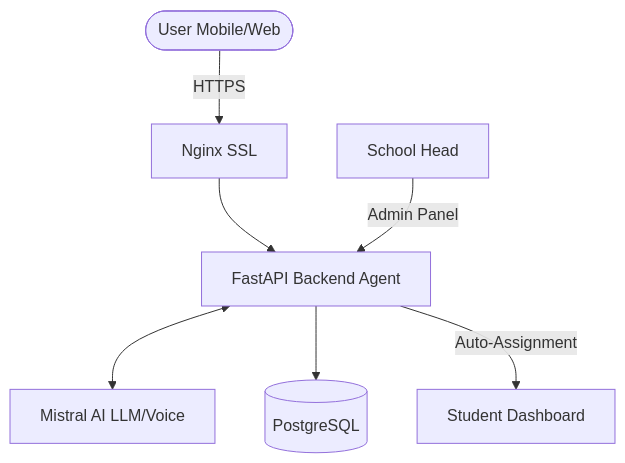
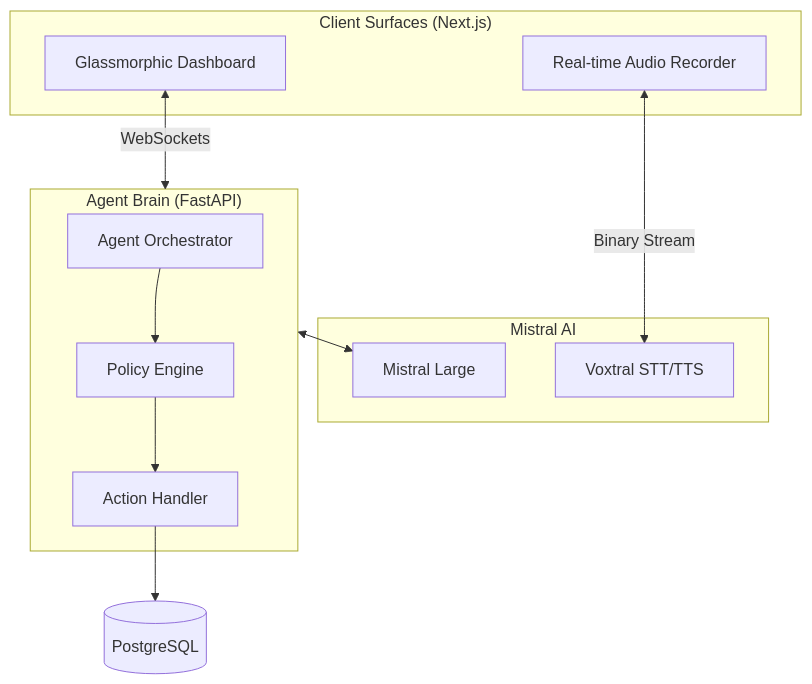
Before and after one commit to simoderyouch/Mizan: the diagram in README.md, drawn with Mermaid. The commit also changed other lines of this file, not shown here.

````diff
--- a/README.md
+++ b/README.md
@@ -67,9 +72,25 @@
 ```mermaid
 graph TD
-    User([User Mobile/Web]) -- HTTPS --> Nginx[Nginx SSL]
-    Nginx --> Backend[FastAPI Backend Agent]
-    Backend <--> Mistral[Mistral AI LLM/Voice]
-    Backend --> DB[(PostgreSQL)]
-    Admin[School Head] -- "Admin Panel" --> Backend
-    Backend -- "Auto-Assignment" --> Student[Student Dashboard]
+    subgraph Client ["Client Surfaces (Next.js)"]
+        UI[Glassmorphic Dashboard]
+        Voice[Real-time Audio Recorder]
+    end
+
+    subgraph Backend ["Agent Brain (FastAPI)"]
+        Orch[Agent Orchestrator]
+        Policy[Policy Engine]
+        Flow[Action Handler]
+    end
+
+    subgraph Intelligence ["Mistral AI"]
+        LLM[Mistral Large]
+        Audio[Voxtral STT/TTS]
+    end
+
+    UI <-- "WebSockets" --> Backend
+    Voice <-- "Binary Stream" --> Audio
+    Backend <--> LLM
+    Orch --> Policy
+    Policy --> Flow
+    Flow --> DB[(PostgreSQL)]
 ```
````
